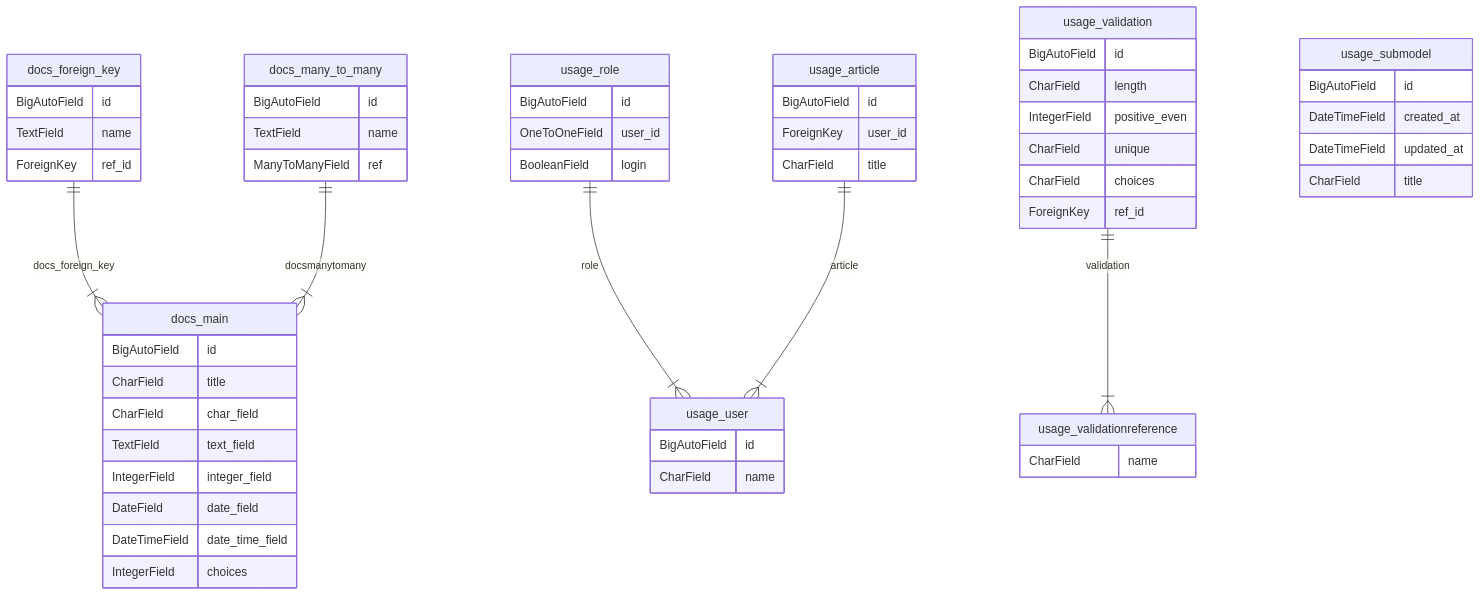
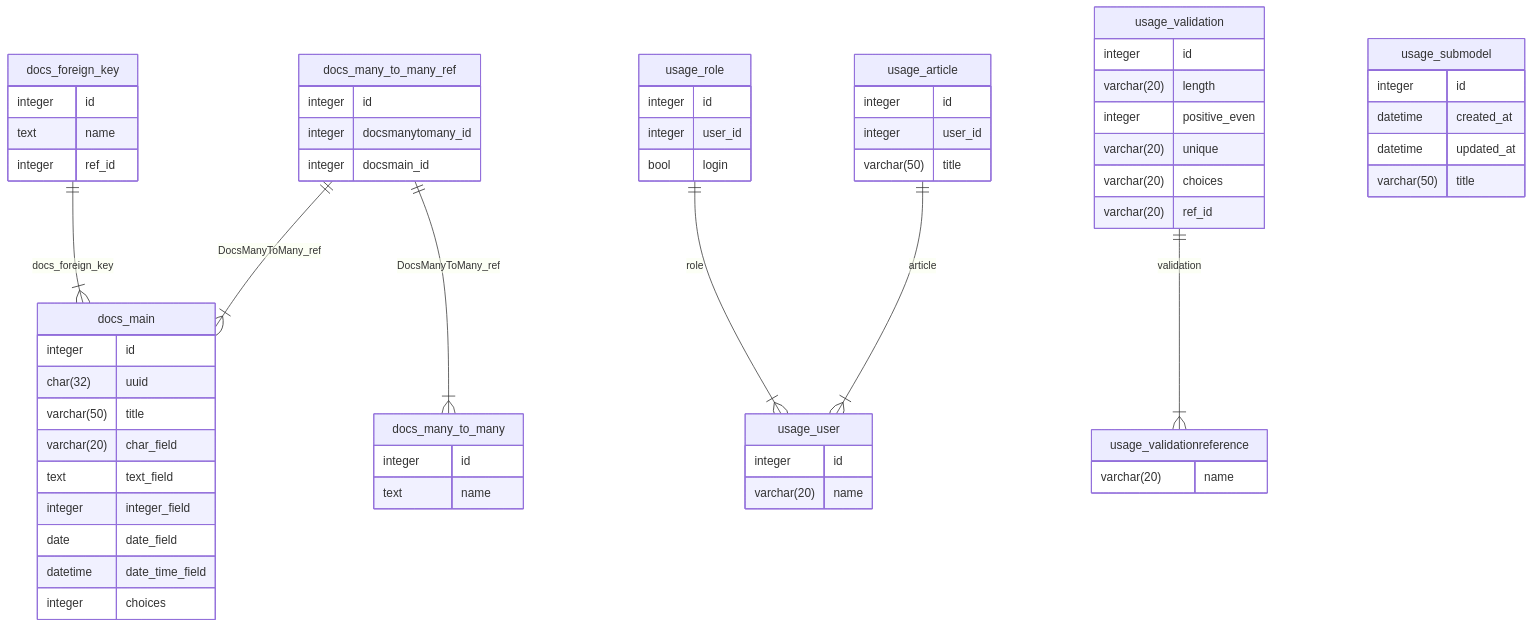
Before and after one commit to komodora/drf_sandbox: the diagram in docs/er.md, drawn with Mermaid. The commit also changed 13 other files, not shown here.

````diff
--- a/docs/er.md
+++ b/docs/er.md
@@ -1,59 +1,65 @@
 ```mermaid
 erDiagram
     docs_foreign_key ||--|{ docs_main : docs_foreign_key
-    docs_many_to_many ||--|{ docs_main : docsmanytomany
+    docs_many_to_many_ref ||--|{ docs_many_to_many : DocsManyToMany_ref
+    docs_many_to_many_ref ||--|{ docs_main : DocsManyToMany_ref
     usage_role ||--|{ usage_user : role
     usage_article ||--|{ usage_user : article
     usage_validation ||--|{ usage_validationreference : validation
     usage_submodel {
-        BigAutoField id
-        DateTimeField created_at
-        DateTimeField updated_at
-        CharField title
+        integer id
+        datetime created_at
+        datetime updated_at
+        varchar(50) title
     }
     docs_main {
-        BigAutoField id
-        CharField title
-        CharField char_field
-        TextField text_field
-        IntegerField integer_field
-        DateField date_field
-        DateTimeField date_time_field
-        IntegerField choices
+        integer id
+        char(32) uuid
+        varchar(50) title
+        varchar(20) char_field
+        text text_field
+        integer integer_field
+        date date_field
+        datetime date_time_field
+        integer choices
     }
     docs_foreign_key {
-        BigAutoField id
-        TextField name
-        ForeignKey ref_id
+        integer id
+        text name
+        integer ref_id
     }
     docs_many_to_many {
-        BigAutoField id
-        TextField name
-        ManyToManyField ref
+        integer id
+        text name
+    }
+    docs_many_to_many_ref {
+        integer id
+        integer docsmanytomany_id
+        integer docsmain_id
     }
     usage_user {
-        BigAutoField id
-        CharField name
+        integer id
+        varchar(20) name
     }
     usage_role {
-        BigAutoField id
-        OneToOneField user_id
-        BooleanField login
+        integer id
+        integer user_id
+        bool login
     }
     usage_article {
-        BigAutoField id
-        ForeignKey user_id
-        CharField title
+        integer id
+        integer user_id
+        varchar(50) title
     }
     usage_validationreference {
-        CharField name
+        varchar(20) name
     }
     usage_validation {
-        BigAutoField id
-        CharField length
-        IntegerField positive_even
-        CharField unique
-        CharField choices
-        ForeignKey ref_id
+        integer id
+        varchar(20) length
+        integer positive_even
+        varchar(20) unique
+        varchar(20) choices
+        varchar(20) ref_id
     }
 ```
````
